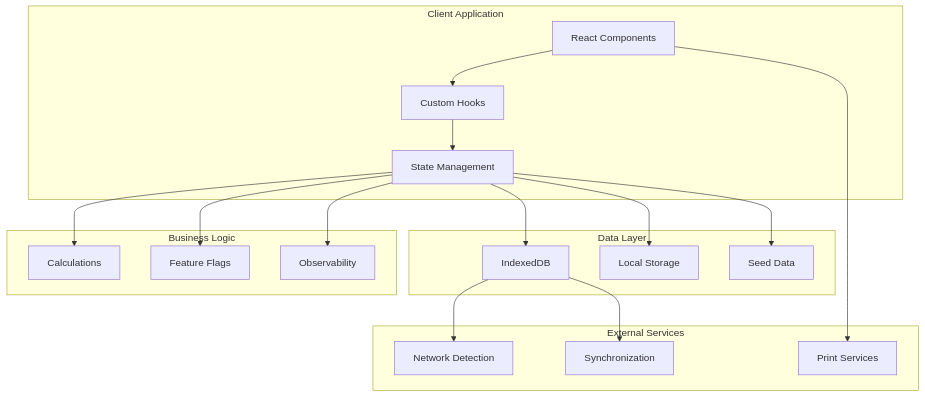
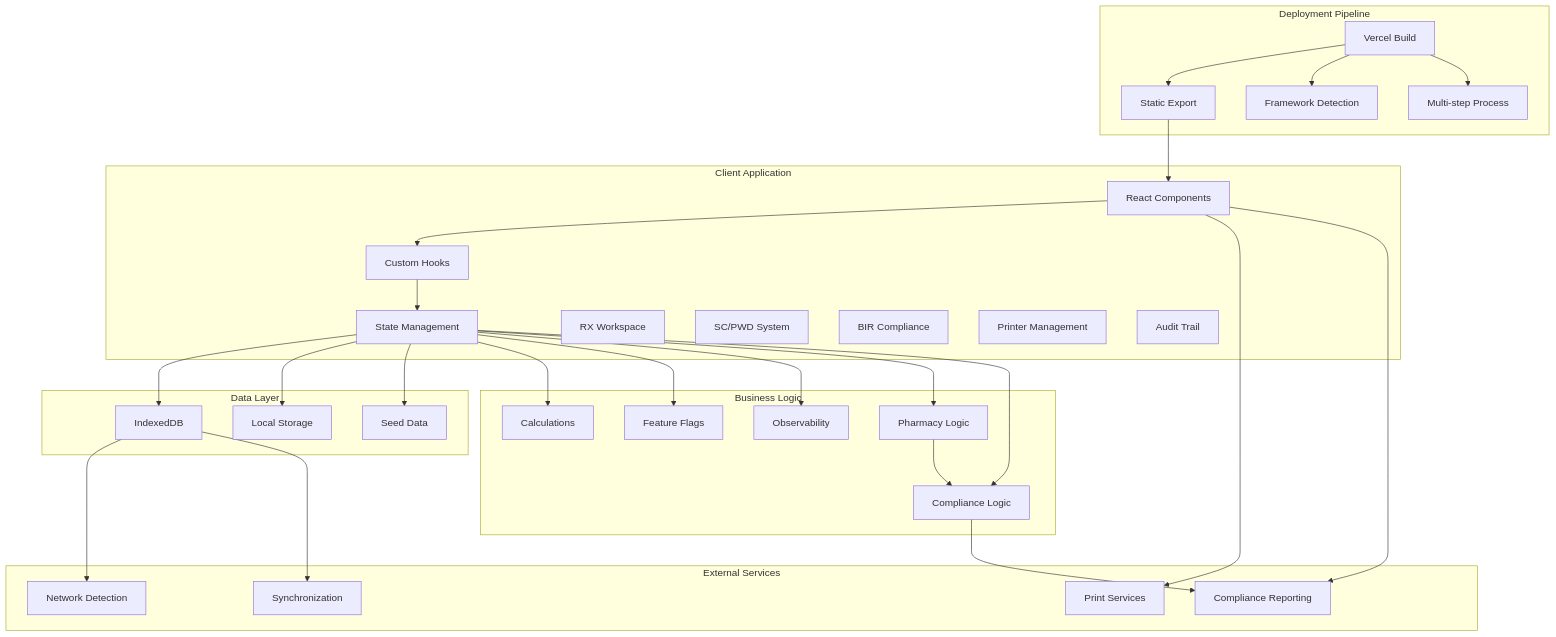
The second of 6 diagrams in .qoder/repowiki/en/content/Frontend Interface/Next.js Web POS Prototype.md (yosefdc7/PharmaPOS), drawn with Mermaid before and after one commit. The commit also changed other lines of this file and 11 other files, not shown here.

First line of the commit message:
docs(repowiki): add frontend system pages and Vercel/gitignore updates

````diff
--- a/.qoder/repowiki/en/content/Frontend Interface/Next.js Web POS Prototype.md
+++ b/.qoder/repowiki/en/content/Frontend Interface/Next.js Web POS Prototype.md
@@ -128,34 +217,57 @@
 ```mermaid
 graph TB
 subgraph "Client Application"
 A[React Components]
 B[Custom Hooks]
 C[State Management]
+D[RX Workspace]
+E[SC/PWD System]
+F[BIR Compliance]
+G[Printer Management]
+H[Audit Trail]
 end
 subgraph "Data Layer"
-D[IndexedDB]
-E[Local Storage]
-F[Seed Data]
+I[IndexedDB]
+J[Local Storage]
+K[Seed Data]
 end
 subgraph "Business Logic"
-G[Calculations]
-H[Feature Flags]
-I[Observability]
+L[Calculations]
+M[Feature Flags]
+N[Observability]
+O[Pharmacy Logic]
+P[Compliance Logic]
 end
 subgraph "External Services"
-J[Network Detection]
-K[Synchronization]
-L[Print Services]
+Q[Network Detection]
+R[Synchronization]
+S[Print Services]
+T[Compliance Reporting]
+end
+subgraph "Deployment Pipeline"
+U[Vercel Build]
+V[Static Export]
+W[Framework Detection]
+X[Multi-step Process]
 end
 A --> B
 B --> C
-C --> D
-C --> E
-C --> F
-C --> G
-C --> H
 C --> I
-D --> J
-D --> K
-A --> L
+C --> J
+C --> K
+C --> L
+C --> M
+C --> N
+C --> O
+C --> P
+I --> Q
+I --> R
+A --> S
+A --> T
+O --> P
+P --> T
+U --> V
+U --> W
+U --> X
+V --> A
 ```
````
